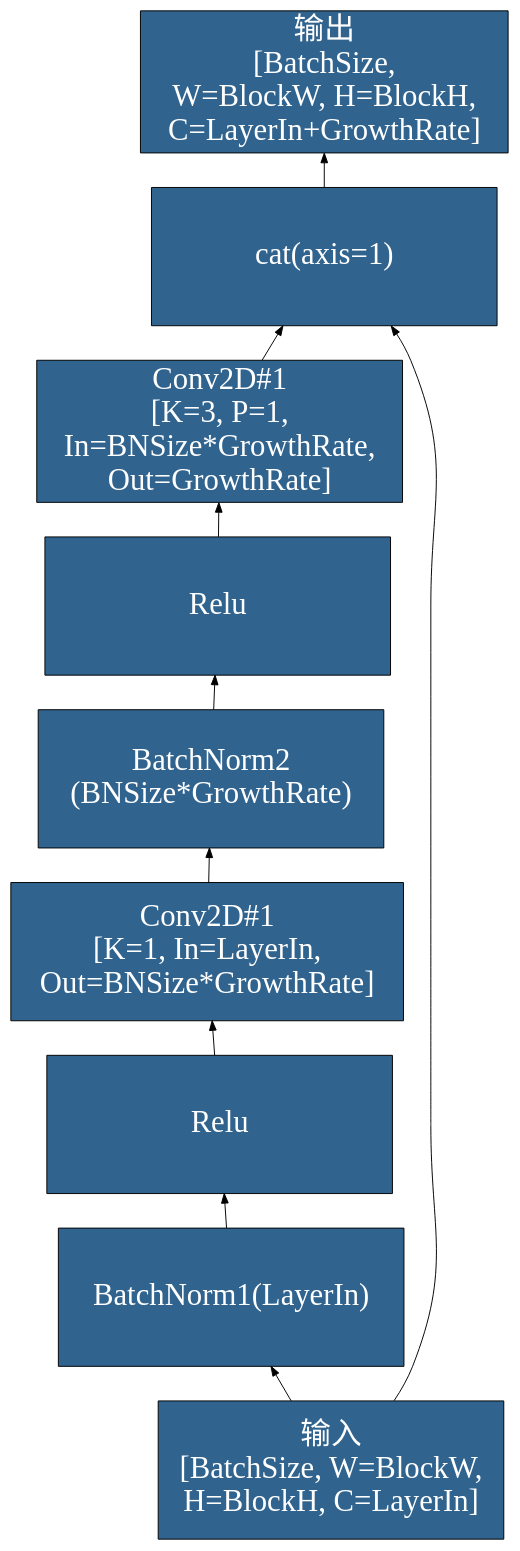
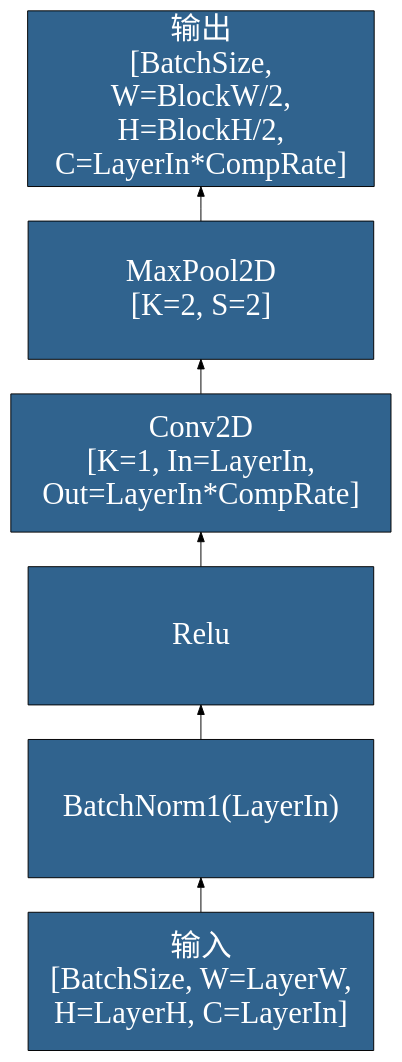
The diagram in docs/basic_dl_arch/4_5_4_desnnet_trans.dot (OpenDocCN/python-code-anls), drawn with Graphviz before and after one commit.

Commit message:
2024-02-28 18:54:00

```diff
--- a/docs/basic_dl_arch/4_5_4_desnnet_trans.dot
+++ b/docs/basic_dl_arch/4_5_4_desnnet_trans.dot
@@ -1,25 +1,21 @@
-digraph DenseLayer {
+digraph TransitionLayer {
 	rankdir=BT
     node [
 		style=filled, 
 		color=Black
 		fontcolor=White, 
 		fillcolor="#30638e", 
 		fontname="SimHei",
 		fontsize=32,
 		width=5, height=2,
 		shape="box",
 	]
-    inp [label="输入\n[BatchSize, W=BlockW,\n H=BlockH, C=LayerIn]"]
-    bn1 [label="BatchNorm1(LayerIn)"]
-    relu1  [label="Relu"]
-    conv1 [label="Conv2D#1\n[K=1, In=LayerIn,\n Out=BNSize*GrowthRate]"]
-    bn2 [label="BatchNorm2\n(BNSize*GrowthRate)"]
-    relu2  [label="Relu"]
-    conv2 [label="Conv2D#1\n[K=3, P=1,\n In=BNSize*GrowthRate,\n Out=GrowthRate]"]
-    cat [label="cat(axis=1)"]
-    oup [label="输出\n[BatchSize,\n W=BlockW, H=BlockH,\n C=LayerIn+GrowthRate]"]
+    inp [label="输入\n[BatchSize, W=LayerW,\n H=LayerH, C=LayerIn]"]
+    bn [label="BatchNorm1(LayerIn)"]
+    relu  [label="Relu"]
+    conv [label="Conv2D\n[K=1, In=LayerIn,\n Out=LayerIn*CompRate]"]
+    maxpool [label="MaxPool2D\n[K=2, S=2]"]
+    oup [label="输出\n[BatchSize,\n W=BlockW/2,\n H=BlockH/2,\n C=LayerIn*CompRate]"]
 
-    inp -> bn1 -> relu1 -> conv1 -> bn2 -> relu2 -> conv2 -> cat -> oup
-    inp -> cat
+    inp -> bn -> relu -> conv -> maxpool -> oup
 }
```
